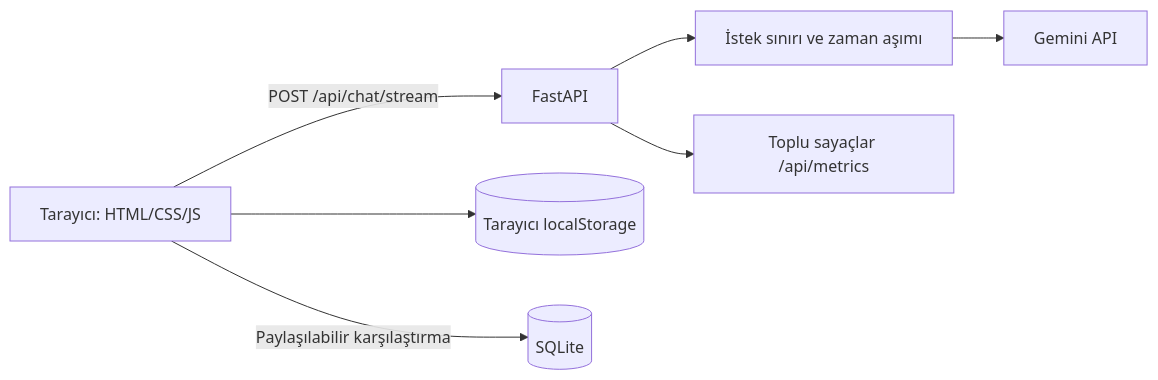
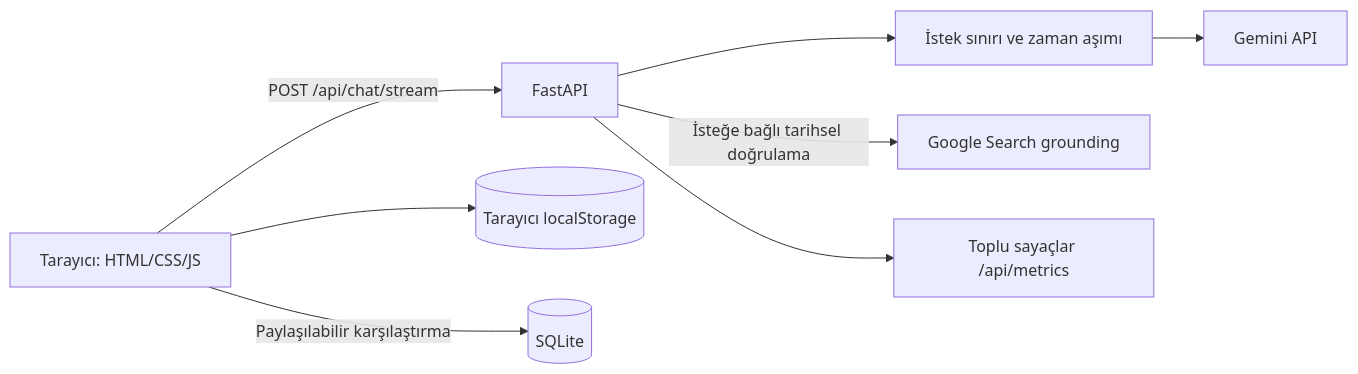
Before and after one commit to EnsarAslannn/RetroChatbot: the diagram in README.md, drawn with Mermaid. The commit also changed other lines of this file and 8 other files, not shown here.

````diff
--- a/README.md
+++ b/README.md
@@ -53,9 +54,10 @@
 ```mermaid
 flowchart LR
   B[Tarayıcı: HTML/CSS/JS] -->|POST /api/chat/stream| A[FastAPI]
   B --> L[(Tarayıcı localStorage)]
   B -->|Paylaşılabilir karşılaştırma| S[(SQLite)]
   A --> R[İstek sınırı ve zaman aşımı]
   R --> G[Gemini API]
+  A -->|İsteğe bağlı tarihsel doğrulama| GS[Google Search grounding]
   A --> M[Toplu sayaçlar /api/metrics]
 ```
````
